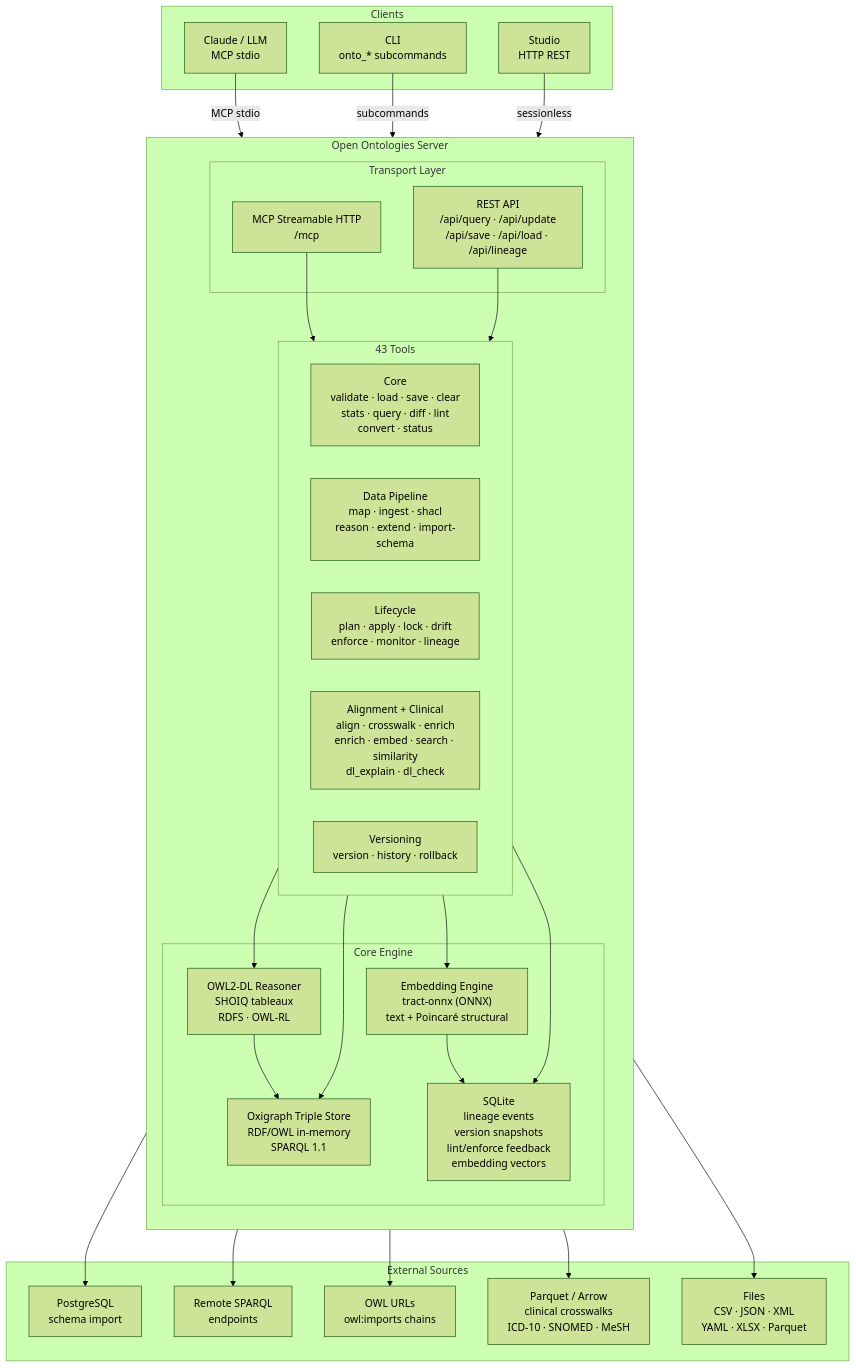
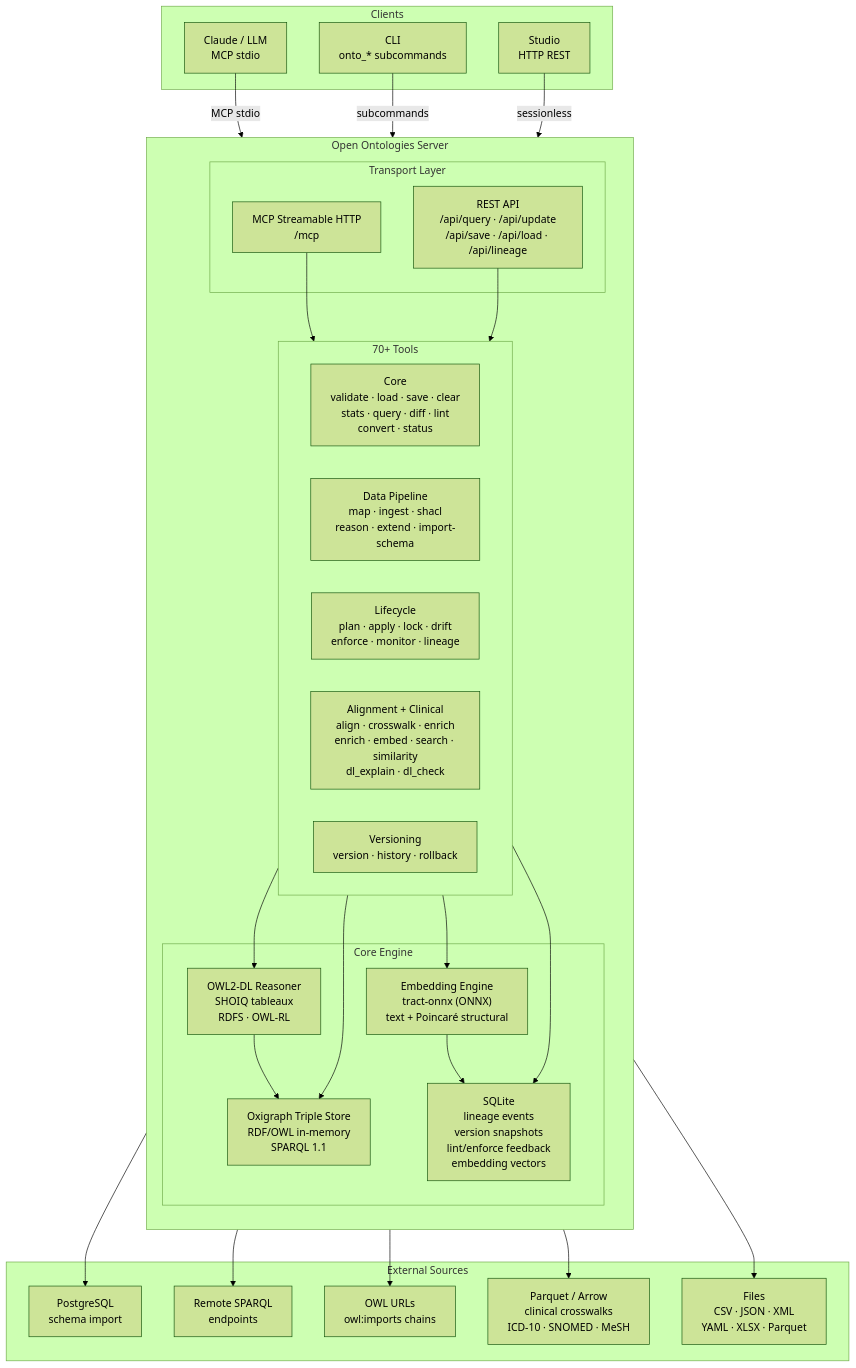
Before and after one commit to tunings-lab/open-ontologies: the fourth of 5 diagrams in README.md, drawn with Mermaid (forest theme). The commit also changed other lines of this file, not shown here.

First line of the commit message:
docs(readme): resolve committed merge conflict in Tools table, fix stale tool count (#61)

````diff
--- a/README.md
+++ b/README.md
@@ -723,62 +715,62 @@
 ```mermaid
 flowchart TD
     subgraph Clients["Clients"]
         Claude["Claude / LLM\nMCP stdio"]
         CLI["CLI\nonto_* subcommands"]
         Studio["Studio\nHTTP REST"]
     end
 
     subgraph Server["Open Ontologies Server"]
         direction TB
 
         subgraph Transport["Transport Layer"]
             MCP_HTTP["MCP Streamable HTTP\n/mcp"]
             REST["REST API\n/api/query · /api/update\n/api/save · /api/load · /api/lineage"]
         end
 
-        subgraph ToolGroups["43 Tools"]
+        subgraph ToolGroups["70+ Tools"]
             direction LR
             Core["Core\nvalidate · load · save · clear\nstats · query · diff · lint\nconvert · status"]
             DataPipe["Data Pipeline\nmap · ingest · shacl\nreason · extend · import-schema"]
             Lifecycle["Lifecycle\nplan · apply · lock · drift\nenforce · monitor · lineage"]
             Advanced["Alignment + Clinical\nalign · crosswalk · enrich\nenrich · embed · search · similarity\ndl_explain · dl_check"]
             Version["Versioning\nversion · history · rollback"]
         end
 
         subgraph Core2["Core Engine"]
             GraphStore["Oxigraph Triple Store\nRDF/OWL in-memory\nSPARQL 1.1"]
             SQLite["SQLite\nlineage events\nversion snapshots\nlint/enforce feedback\nembedding vectors"]
             Reasoner["OWL2-DL Reasoner\nSHOIQ tableaux\nRDFS · OWL-RL"]
             Embedder["Embedding Engine\ntract-onnx (ONNX)\ntext + Poincaré structural"]
         end
     end
 
     subgraph External["External Sources"]
         PG["PostgreSQL\nschema import"]
         SPARQL["Remote SPARQL\nendpoints"]
         OWL["OWL URLs\nowl:imports chains"]
         Parquet["Parquet / Arrow\nclinical crosswalks\nICD-10 · SNOMED · MeSH"]
         Files["Files\nCSV · JSON · XML\nYAML · XLSX · Parquet"]
     end
 
     Claude -->|"MCP stdio"| MCP_HTTP
     CLI -->|"subcommands"| MCP_HTTP
     Studio -->|"sessionless"| REST
 
     MCP_HTTP --> ToolGroups
     REST --> ToolGroups
 
     ToolGroups --> GraphStore
     ToolGroups --> SQLite
     ToolGroups --> Reasoner
     ToolGroups --> Embedder
 
     Reasoner --> GraphStore
     Embedder --> SQLite
 
     DataPipe --> Files
     Advanced --> Parquet
     Core --> OWL
     Core --> SPARQL
     DataPipe --> PG
 ```
````
